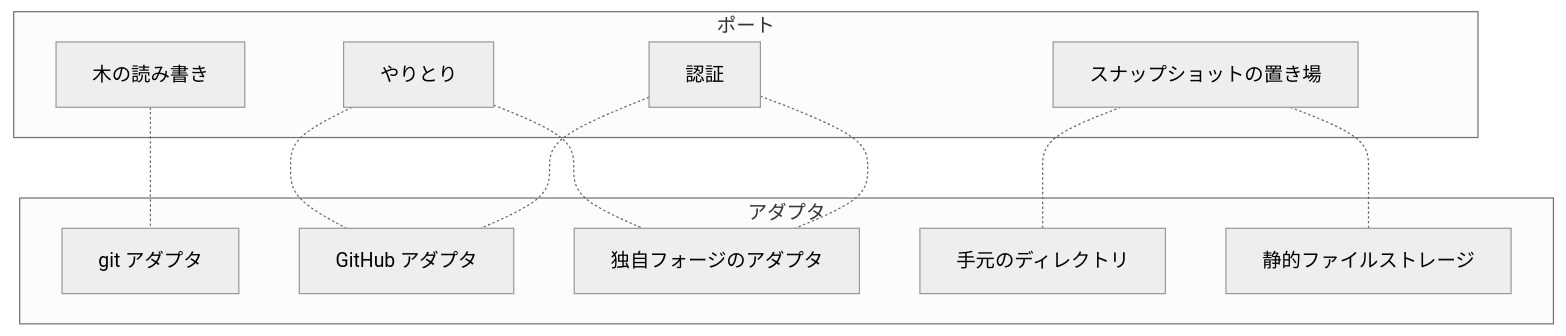
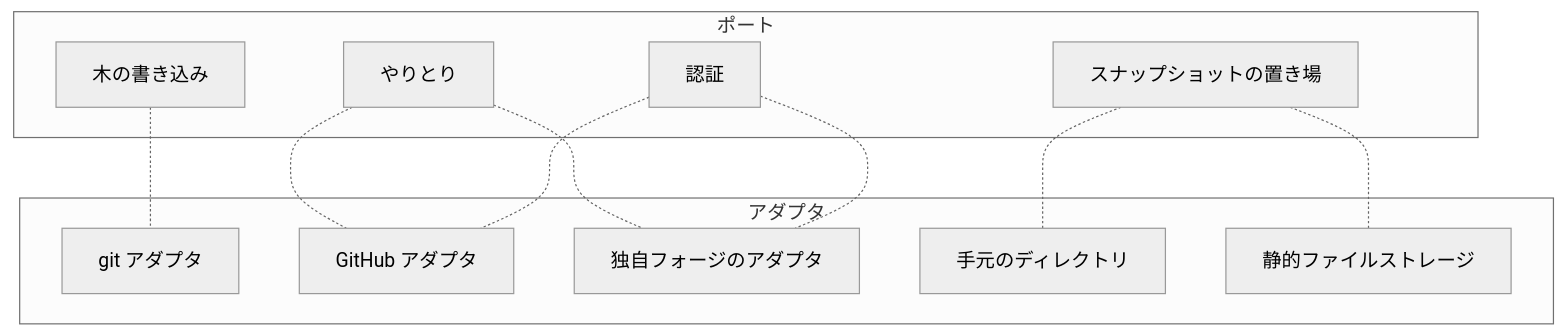
The diagram in design/backend/ports/README.md (yamambainc/logiforge), drawn with Mermaid (neutral theme) before and after one commit. The commit also changed other lines of this file and 30 other files, not shown here.

````diff
--- a/design/backend/ports/README.md
+++ b/design/backend/ports/README.md
@@ -19,23 +20,23 @@
 ```mermaid
 flowchart TB
   subgraph PT["ポート"]
-    P1["木の読み書き"]
+    P1["木の書き込み"]
     P2["やりとり"]
     P4["スナップショットの置き場"]
     P3["認証"]
   end
   subgraph AD["アダプタ"]
     GA["git アダプタ"]
     GH["GitHub アダプタ"]
     NFA["独自フォージのアダプタ"]
     DIR["手元のディレクトリ"]
     OBJ["静的ファイルストレージ"]
   end
   P1 -.- GA
   P2 -.- GH
   P3 -.- GH
   P2 -.- NFA
   P3 -.- NFA
   P4 -.- DIR
   P4 -.- OBJ
 ```
````
